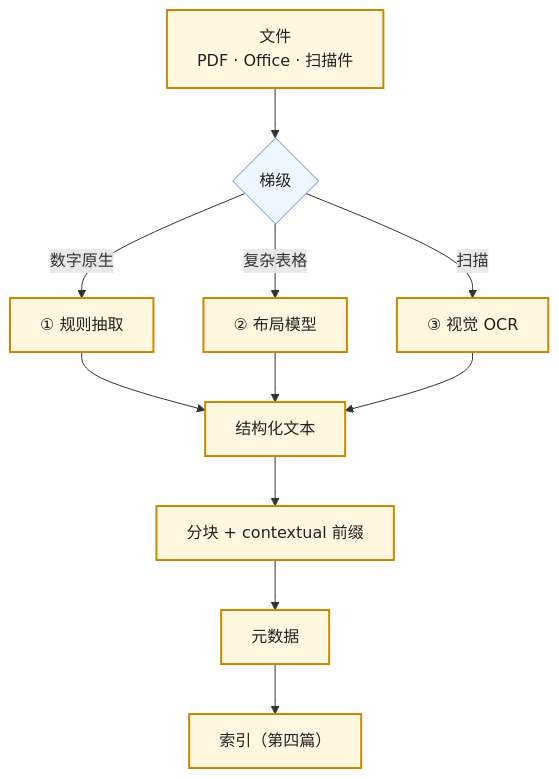
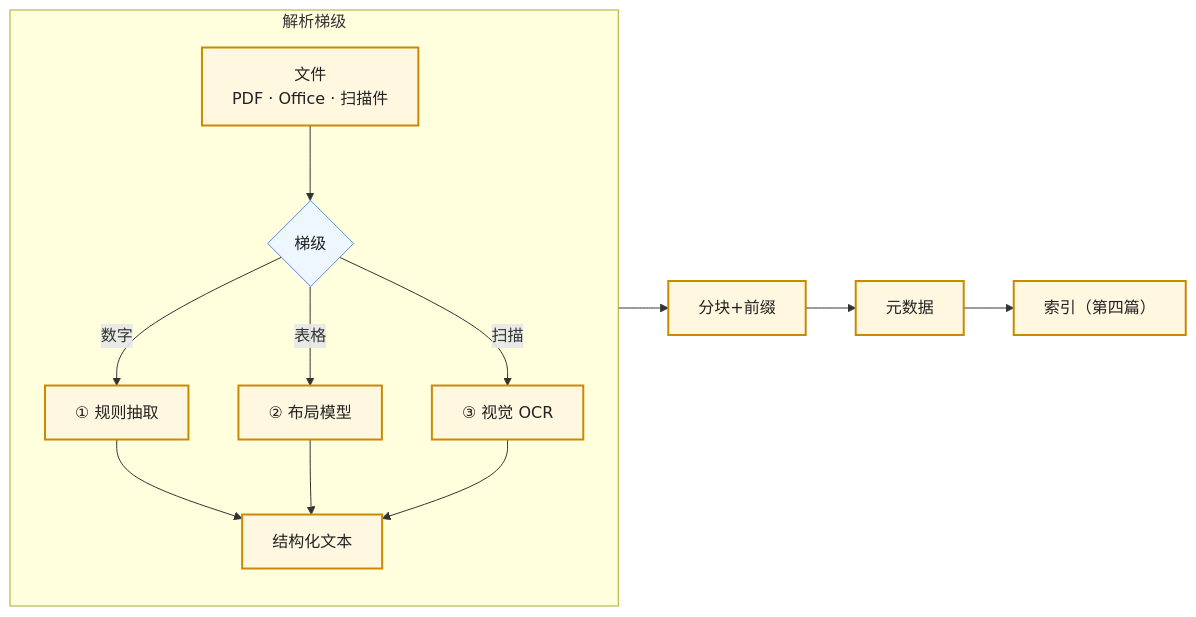
One commit to arganzheng/arganzheng.github.com changed the fourth of 7 diagrams in slides/2026-10-19-retrieval-and-knowledge.md. Above: the diagram before and after it, drawn with Mermaid. The commit also changed other lines of this file, not shown here.

Commit message:
slides(2026-10-19-retrieval-and-knowledge): 图内文字 ≥14px——标签缩短/拆分/Unicode 数学

````diff
--- a/slides/2026-10-19-retrieval-and-knowledge.md
+++ b/slides/2026-10-19-retrieval-and-knowledge.md
@@ -120,19 +121,18 @@
 ```mermaid
 %%{init: {"flowchart": {"wrappingWidth": 190}}}%%
-flowchart TB
-    F["文件<br/>PDF · Office · 扫描件"] --> P{"梯级"}
-    P -->|"数字原生"| R1["① 规则抽取"]
-    P -->|"复杂表格"| R2["② 布局模型"]
-    P -->|"扫描"| R3["③ 视觉 OCR"]
-    R1 --> S["结构化文本"]
-    R2 --> S
-    R3 --> S
-    S --> C["分块 + contextual 前缀"]
-    C --> M["元数据"]
-    M --> I["索引（第四篇）"]
+flowchart LR
+    subgraph PARSE["解析梯级"]
+        direction TB
+        F["文件<br/>PDF · Office · 扫描件"] --> P{"梯级"}
+        P -->|"数字"| R1["① 规则抽取"]
+        P -->|"表格"| R2["② 布局模型"]
+        P -->|"扫描"| R3["③ 视觉 OCR"]
+        R1 & R2 & R3 --> S["结构化文本"]
+    end
+    S --> C["分块+前缀"] --> M["元数据"] --> I["索引（第四篇）"]
 
     classDef step fill:#fff7e0,stroke:#c98a00,stroke-width:2px,color:#222
     classDef dec fill:#eef6ff,stroke:#5b8fd6,color:#222
     class F,R1,R2,R3,S,C,M,I step
     class P dec
 ```
````
